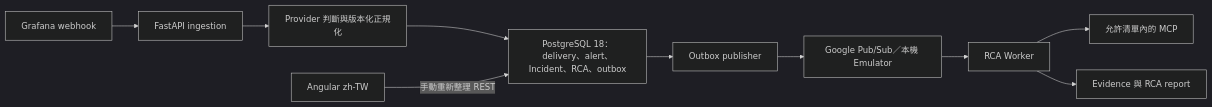
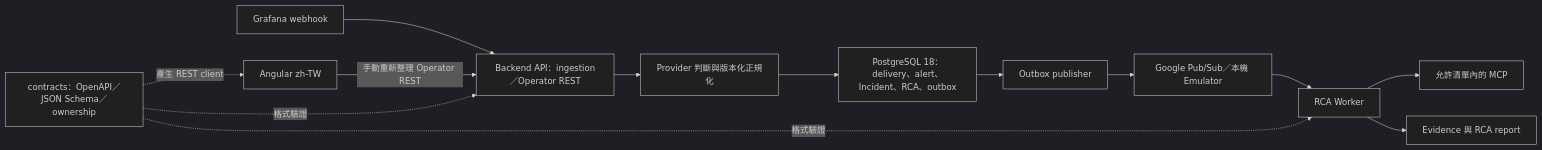
One commit to LinYungYuan/cloud-sre-ai-agent changed the diagram in docs/superpowers/specs/2026-08-13-grafana-normalization-rca-worker-design.md. Above: the diagram before and after it, drawn with Mermaid (dark theme). The commit also changed other lines of this file and 9 other files, not shown here.

````diff
--- a/docs/superpowers/specs/2026-08-13-grafana-normalization-rca-worker-design.md
+++ b/docs/superpowers/specs/2026-08-13-grafana-normalization-rca-worker-design.md
@@ -41,12 +41,15 @@
 ```mermaid
 flowchart LR
-    G["Grafana webhook"] --> A["FastAPI ingestion"]
+    G["Grafana webhook"] --> A["Backend API：ingestion／Operator REST"]
+    U["Angular zh-TW"] -->|"手動重新整理 Operator REST"| A
     A --> N["Provider 判斷與版本化正規化"]
     N --> D["PostgreSQL 18：delivery、alert、Incident、RCA、outbox"]
     D --> O["Outbox publisher"]
     O --> P["Google Pub/Sub／本機 Emulator"]
     P --> W["RCA Worker"]
     W --> M["允許清單內的 MCP"]
     W --> R["Evidence 與 RCA report"]
-    U["Angular zh-TW"] -->|"手動重新整理 REST"| D
+    C["contracts：OpenAPI／JSON Schema／ownership"] -. "格式驗證" .-> A
+    C -. "格式驗證" .-> W
+    C -. "產生 REST client" .-> U
 ```
````
